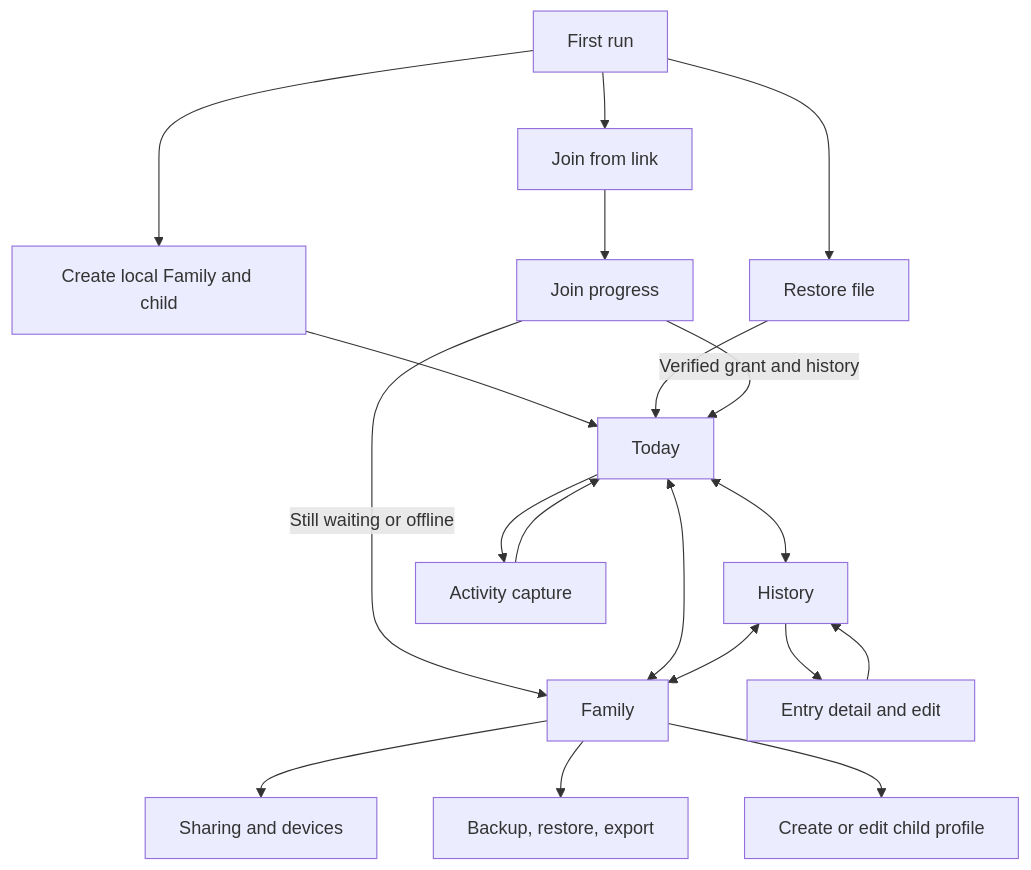
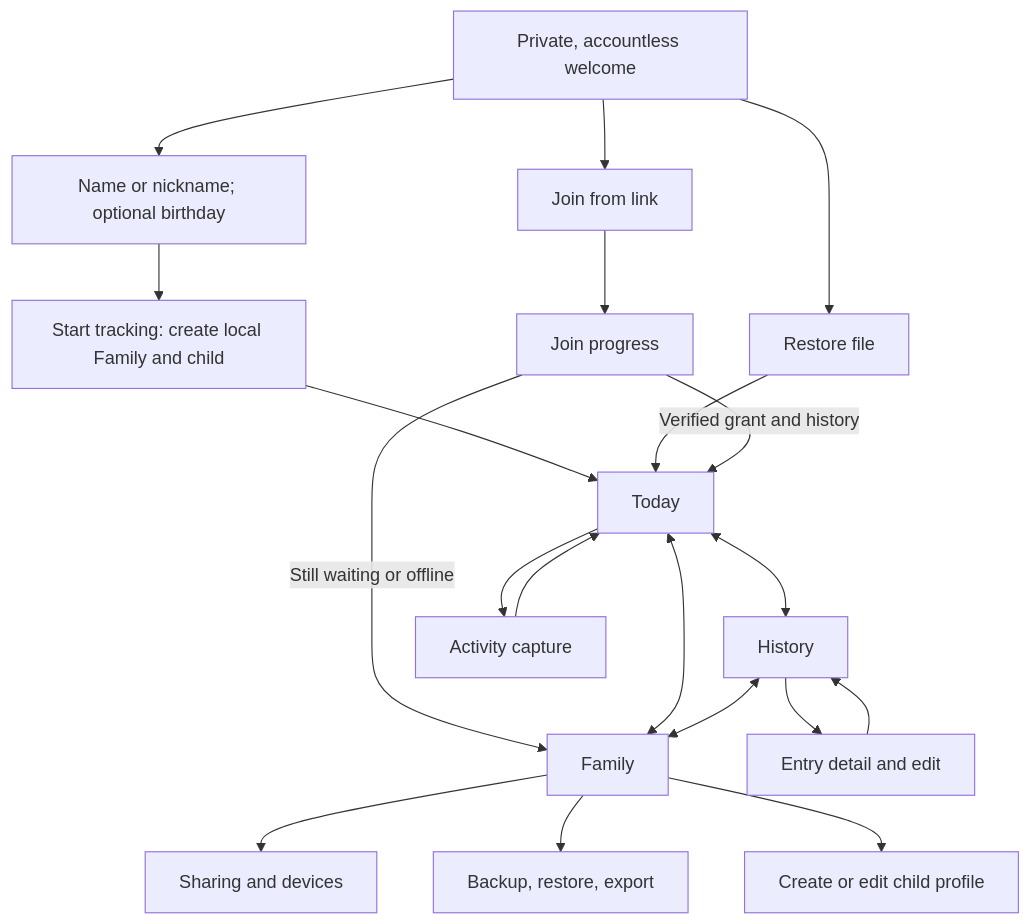
Before and after one commit to kzahel/babytrack: the diagram in docs/topics/android-navigation.md, drawn with Mermaid. The commit also changed other lines of this file and 20 other files, not shown here.

First line of the commit message:
Add child-first Android onboarding and comparison research

````diff
--- a/docs/topics/android-navigation.md
+++ b/docs/topics/android-navigation.md
@@ -54,21 +54,22 @@
 ```mermaid
 flowchart TD
-  Start[First run] --> Create[Create local Family and child]
+  Start[Private, accountless welcome] --> Create[Name or nickname; optional birthday]
+  Create --> Save[Start tracking: create local Family and child]
   Start --> Join[Join from link]
   Start --> Restore[Restore file]
-  Create --> Today
+  Save --> Today
   Restore --> Today
   Join --> Pending[Join progress]
   Pending -->|Verified grant and history| Today
   Pending -->|Still waiting or offline| Family
   Today <--> History
   Today <--> Family
   History <--> Family
   Today --> Capture[Activity capture]
   History --> Detail[Entry detail and edit]
   Capture --> Today
   Detail --> History
   Family --> Access[Sharing and devices]
   Family --> Data[Backup, restore, export]
   Family --> ChildProfile[Create or edit child profile]
 ```
````
